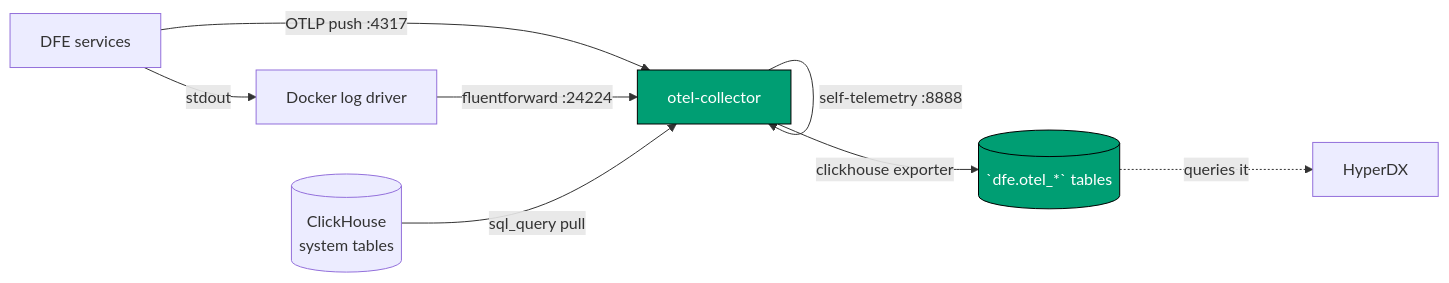
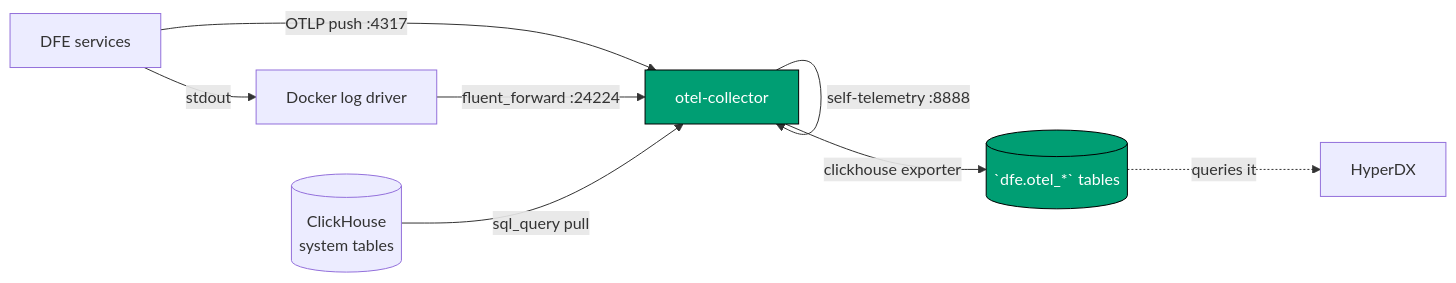
One commit to hyperi-io/dfe-docker changed the diagram in docs/observability.md. Above: the diagram before and after it, drawn with Mermaid. The commit also changed other lines of this file and 3 other files, not shown here.

````diff
--- a/docs/observability.md
+++ b/docs/observability.md
@@ -68,13 +68,13 @@
 ```mermaid
 flowchart LR
     apps["DFE services"] -->|OTLP push :4317| col["otel-collector"]
     apps -->|stdout| drv["Docker log driver"]
-    drv -->|fluentforward :24224| col
+    drv -->|fluent_forward :24224| col
     chsrv[("ClickHouse<br/>system tables")] -->|sql_query pull| col
     col -->|self-telemetry :8888| col
     col -->|clickhouse exporter| ch[(`dfe.otel_*` tables)]
     ch -.->|queries it| hdx["HyperDX"]
 
     classDef on fill:#009E73,color:#ffffff,stroke:#000000
     class col,ch on
 ```
````
